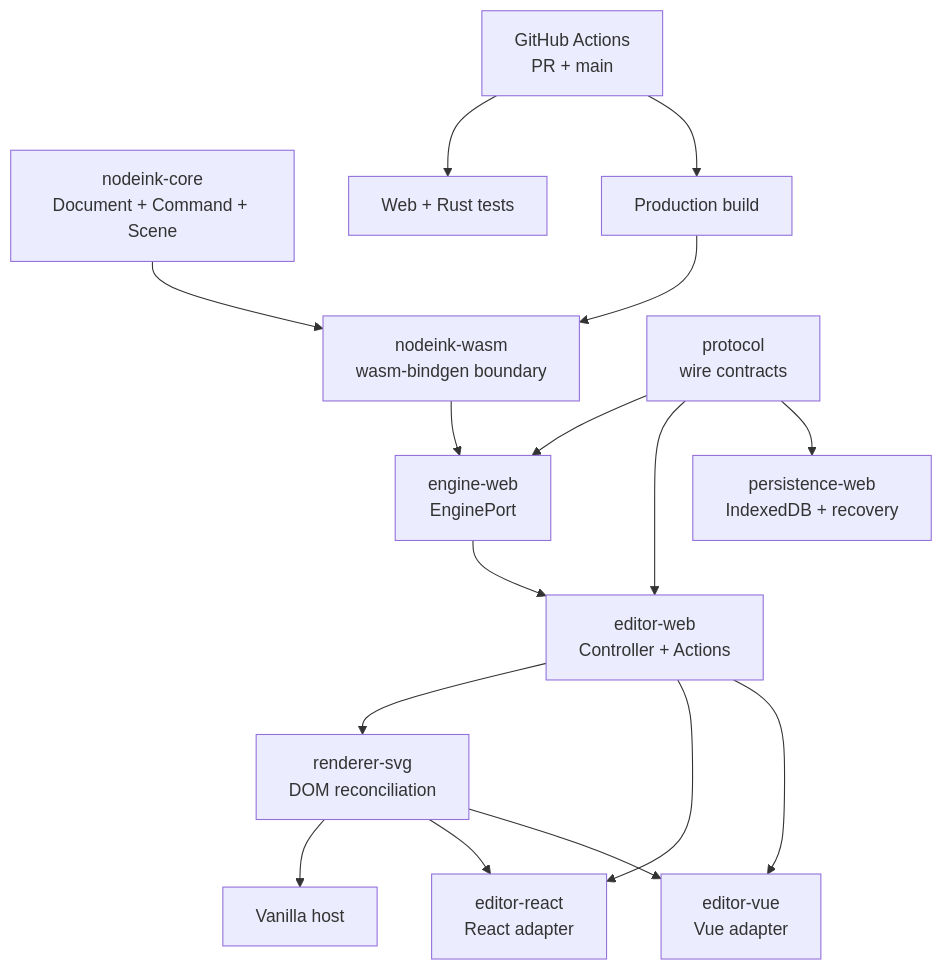
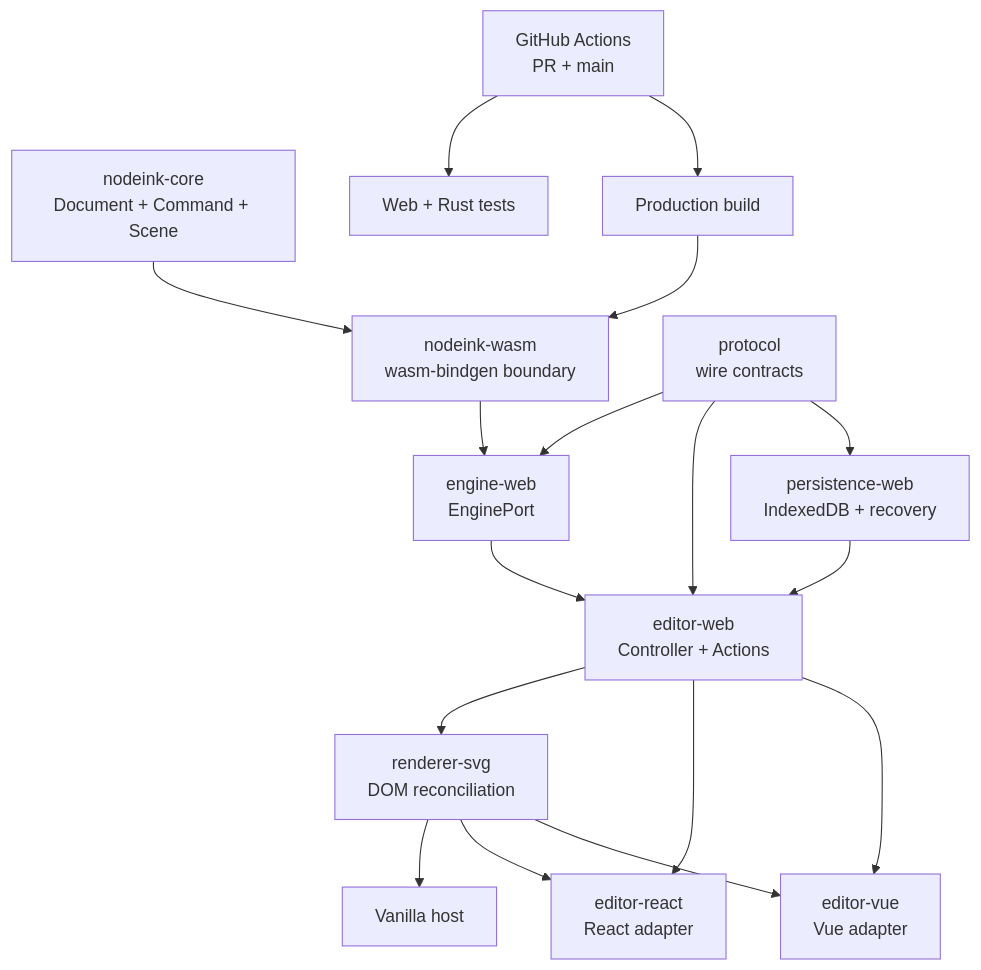
The diagram in docs/project-structure.md (deweyou/node-ink), drawn with Mermaid before and after one commit. The commit also changed other lines of this file and 29 other files, not shown here.

````diff
--- a/docs/project-structure.md
+++ b/docs/project-structure.md
@@ -3,18 +3,19 @@
 ```mermaid
 flowchart TD
     Core["nodeink-core\nDocument + Command + Scene"] --> Wasm["nodeink-wasm\nwasm-bindgen boundary"]
     Wasm --> Engine["engine-web\nEnginePort"]
     Protocol["protocol\nwire contracts"] --> Engine
     Protocol --> Controller["editor-web\nController + Actions"]
     Engine --> Controller
     Controller --> Renderer["renderer-svg\nDOM reconciliation"]
     Protocol --> Persistence["persistence-web\nIndexedDB + recovery"]
+    Persistence --> Controller
     Controller --> React["editor-react\nReact adapter"]
     Controller --> Vue["editor-vue\nVue adapter"]
     Renderer --> Vanilla["Vanilla host"]
     Renderer --> React
     Renderer --> Vue
     CI["GitHub Actions\nPR + main"] --> Tests["Web + Rust tests"]
     CI --> Build["Production build"]
     Build --> Wasm
 ```
````
